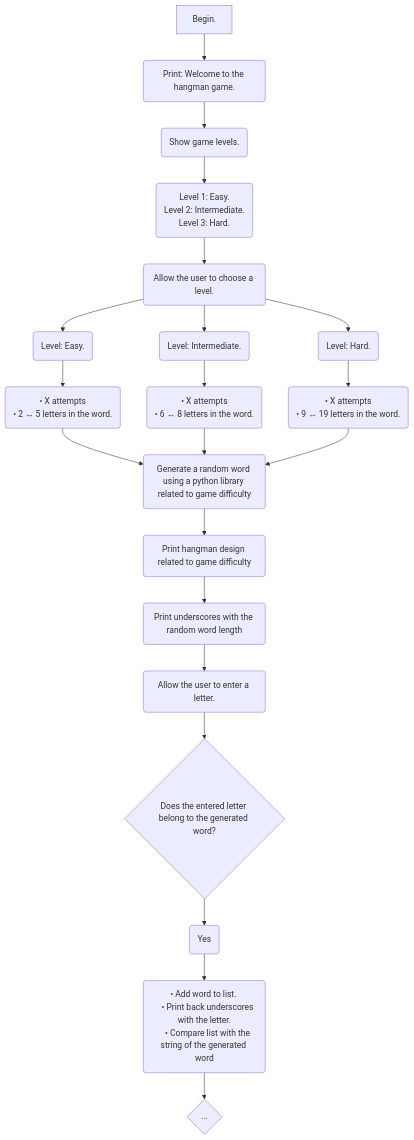
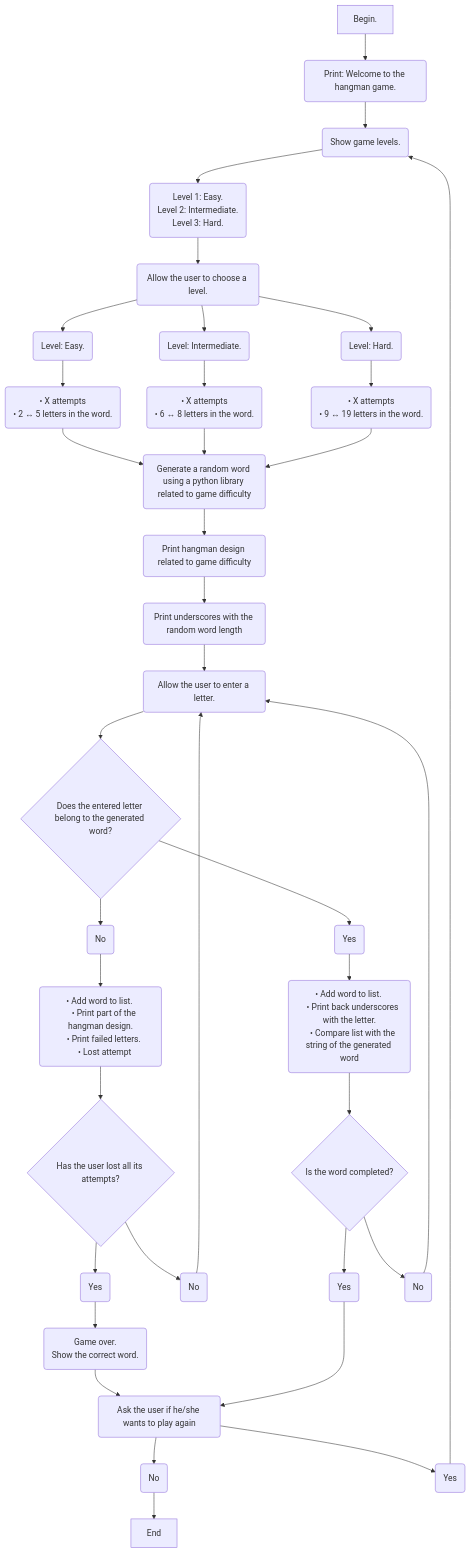
One commit to JanaRubiano/Hangman_Game changed the diagram in README.md. Above: the diagram before and after it, drawn with Mermaid.

````diff
--- a/README.md
+++ b/README.md
@@ -31,29 +31,45 @@
 ```mermaid
 
 flowchart TD
 
     A[Begin.] -->B(Print: Welcome to the hangman game.) -->C(Show game levels.)
     --> D("Level 1: Easy.
     Level 2: Intermediate.
     Level 3: Hard.")
     --> E(Allow the user to choose a level.)
     E --> F(Level: Easy.) --> I(" • X attempts
     • 2 ↔ 5 letters in the word.
     ") -->L
     E --> G(Level: Intermediate.) --> J(" •  X attempts
     • 6 ↔ 8 letters in the word.
     ") -->L
     E --> H(Level: Hard.) --> K(" •  X attempts
    •  9 ↔ 19 letters in the word.
     ") 
     --> L(Generate a random word using a python library related to game difficulty) 
     --> N(Print hangman design related to game difficulty)
     --> Q(Print underscores with the random word length)
     --> W(Allow the user to enter a letter.)
     --> R{Does the entered letter belong to the generated word?}
+    R -->n(No) --> q("• Add word to list. 
+    • Print part of the hangman design.
+    • Print failed letters. 
+    • Lost attempt
+    ") -->u{Has the user lost all its attempts?}
+    u -->o(Yes) -->S("Game over. 
+    Show the correct word. 
+    ") --> P
+    u--> t(No) --> W
+    
+
     R -->Y(Yes) --> T(" • Add word to list. 
     • Print back underscores with the letter.
     • Compare list with the string of the generated word
-    ") -->U{...}
+    ") -->U{Is the word completed?} 
+    U -->O(Yes) --> P(Ask the user if he/she wants to play again)
+    P --> b(No) --> w[End]
+    P--> a(Yes) -->C
+    U --> i(No) -->W
+   
 
 ```
````
